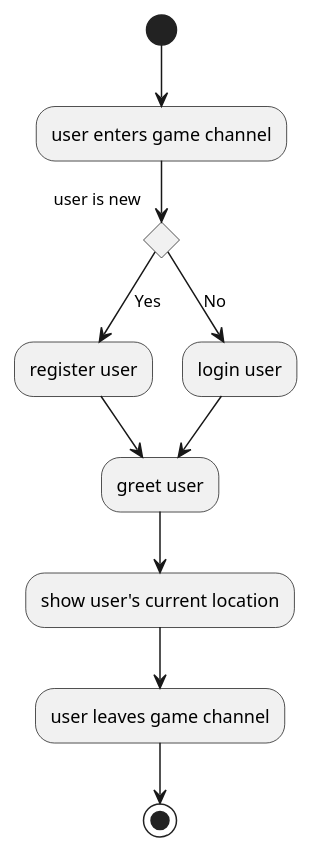
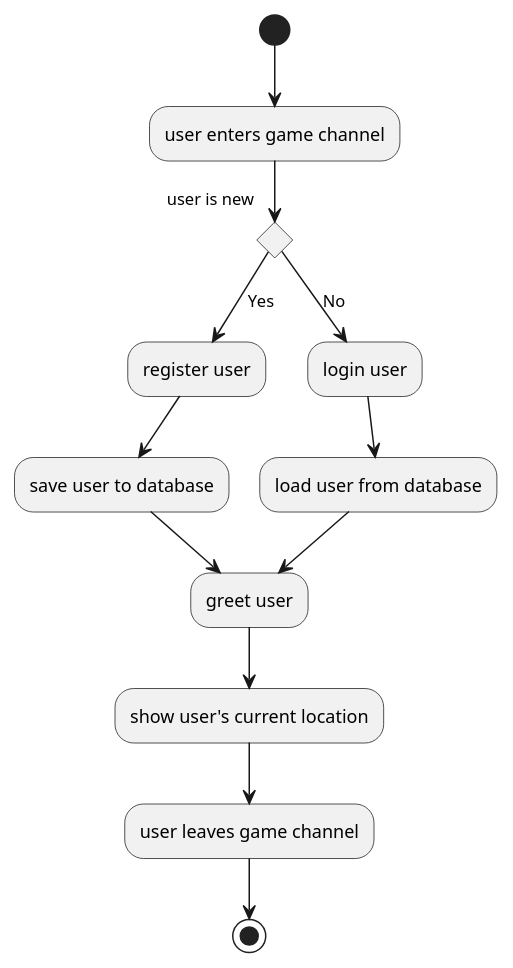
The diagram in documentation/workflow.puml (vehsamrak/telegramud), drawn with PlantUML before and after one commit.

Commit message:
Game workflow diagram

```diff
--- a/documentation/workflow.puml
+++ b/documentation/workflow.puml
@@ -1,16 +1,18 @@
 @startuml
 (*)  --> "user enters game channel"
 
 If "user is new" then
     --> [Yes] "register user"
+    --> "save user to database"
     --> "greet user"
 else
     --> [No] "login user"
+    --> "load user from database"
     --> "greet user"
 Endif
 
 --> "show user's current location"
 
 --> "user leaves game channel"
 -->(*)
 @enduml
```
